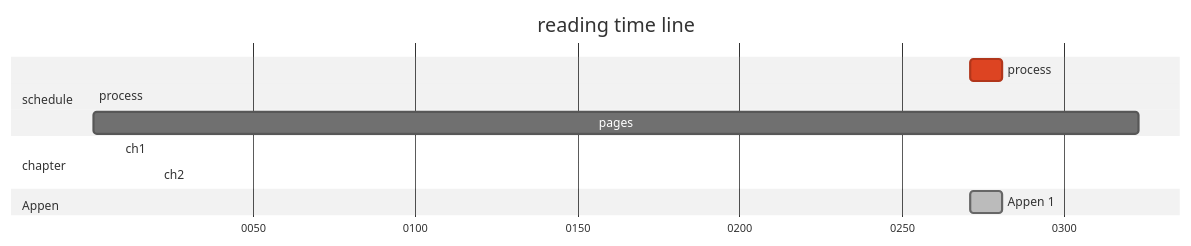
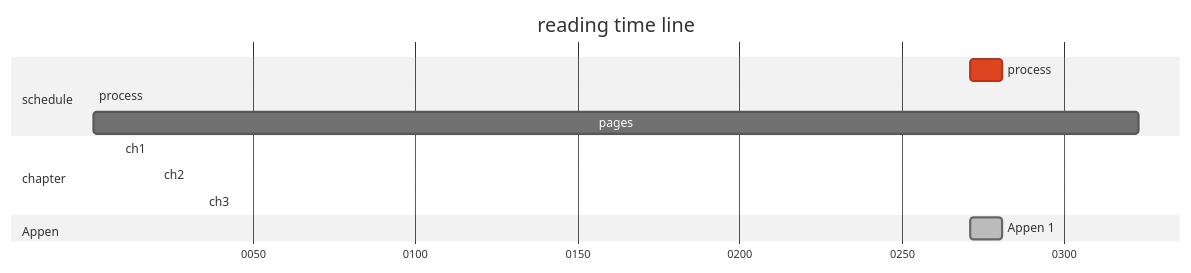
The first of 3 diagrams in README.md (ywjpanda/Mastering-Bitcoin), drawn with Mermaid (neutral theme) before and after one commit. The commit also changed other lines of this file, not shown here.

````diff
--- a/README.md
+++ b/README.md
@@ -11,15 +12,16 @@
 ```mermaid
 gantt
 	dateFormat YYYY
 	axisFormat %Y
 	title reading time line
 	section schedule
 	process: crit,0271,0281
 	process: crit,0001,0027
 	pages: 0001,0323
 	section chapter
 	ch1: done,0009,0020
-	ch2: 0021,0027
+	ch2: done,0021,0034
+	ch3: 0035,0055
 	section Appen
 	Appen 1: done,0271,0281
 ```
````
